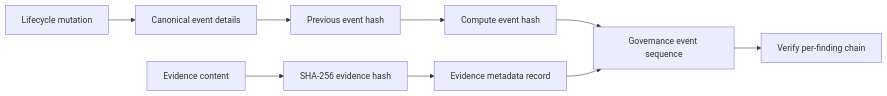
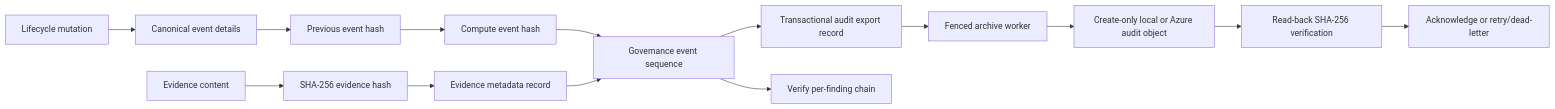
One commit to SuriyaBoon/SentinelGRC changed the sixth of 14 diagrams in README.md. Above: the diagram before and after it, drawn with Mermaid. The commit also changed other lines of this file and 18 other files, not shown here.

Commit message:
Add recoverable immutable audit export (#22)

````diff
--- a/README.md
+++ b/README.md
@@ -141,11 +141,16 @@
 ```mermaid
 flowchart LR
     M["Lifecycle mutation"] --> J["Canonical event details"]
     J --> P["Previous event hash"]
     P --> H["Compute event hash"]
     H --> L["Governance event sequence"]
+    L --> Q["Transactional audit export record"]
+    Q --> W["Fenced archive worker"]
+    W --> B["Create-only local or Azure audit object"]
+    B --> R["Read-back SHA-256 verification"]
+    R --> A["Acknowledge or retry/dead-letter"]
     E["Evidence content"] --> S["SHA-256 evidence hash"]
     S --> G["Evidence metadata record"]
     G --> L
     L --> V["Verify per-finding chain"]
 ```
````
